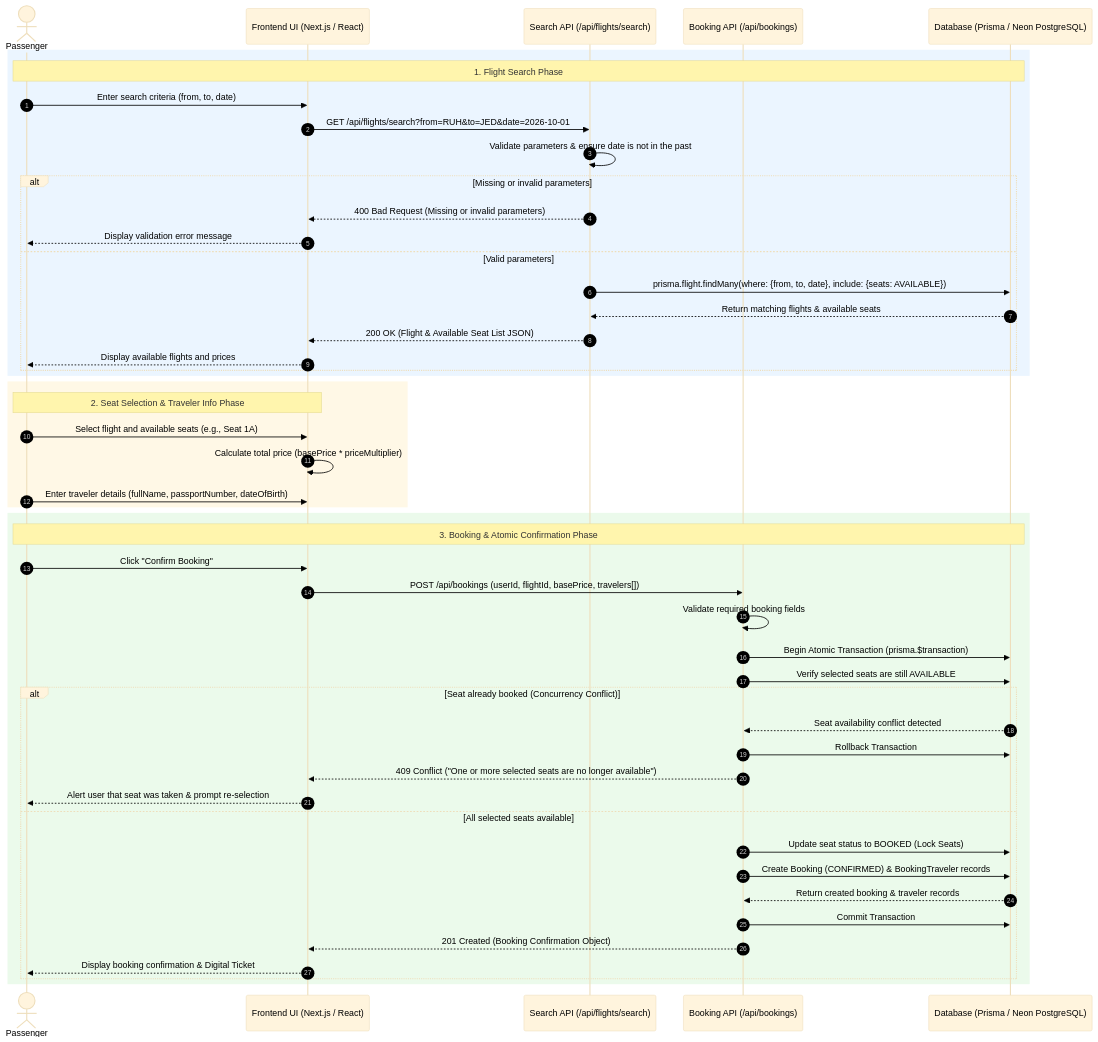
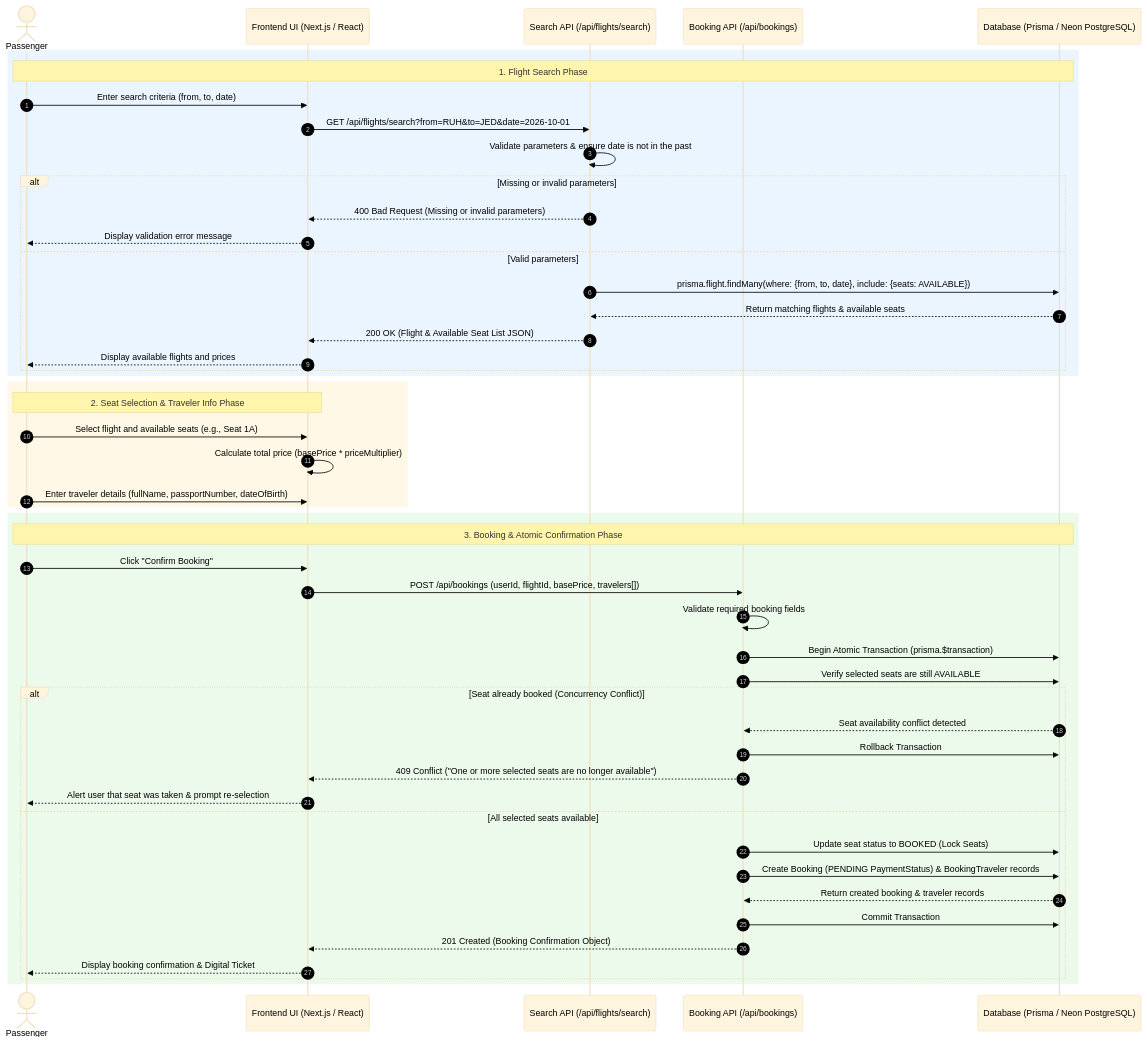
One commit to Alwaleed-Tair/Tarhal changed the diagram in docs/booking-sequence-diagram.md. Above: the diagram before and after it, drawn with Mermaid. The commit also changed 2 other files, not shown here.

Commit message:
docs: align class diagram with Saud's updated prisma schema

````diff
--- a/docs/booking-sequence-diagram.md
+++ b/docs/booking-sequence-diagram.md
@@ -1,60 +1,60 @@
 ```mermaid
 %%{init: {'theme': 'base', 'themeVariables': { 'primaryTextColor': '#000000', 'lineColor': '#333333'}}}%%
 sequenceDiagram
     autonumber
     actor Passenger as Passenger
     participant UI as Frontend UI (Next.js / React)
     participant SearchAPI as Search API (/api/flights/search)
     participant BookingAPI as Booking API (/api/bookings)
     participant DB as Database (Prisma / Neon PostgreSQL)
 
     %% 1. Flight Search Phase
     rect rgb(235, 245, 255)
     Note over Passenger, DB: 1. Flight Search Phase
     Passenger->>UI: Enter search criteria (from, to, date)
     UI->>SearchAPI: GET /api/flights/search?from=RUH&to=JED&date=2026-10-01
     SearchAPI->>SearchAPI: Validate parameters & ensure date is not in the past
     alt Missing or invalid parameters
         SearchAPI-->>UI: 400 Bad Request (Missing or invalid parameters)
         UI-->>Passenger: Display validation error message
     else Valid parameters
         SearchAPI->>DB: prisma.flight.findMany(where: {from, to, date}, include: {seats: AVAILABLE})
         DB-->>SearchAPI: Return matching flights & available seats
         SearchAPI-->>UI: 200 OK (Flight & Available Seat List JSON)
         UI-->>Passenger: Display available flights and prices
     end
     end
 
     %% 2. Seat Selection Phase
     rect rgb(255, 248, 230)
     Note over Passenger, UI: 2. Seat Selection & Traveler Info Phase
     Passenger->>UI: Select flight and available seats (e.g., Seat 1A)
     UI->>UI: Calculate total price (basePrice * priceMultiplier)
     Passenger->>UI: Enter traveler details (fullName, passportNumber, dateOfBirth)
     end
 
     %% 3. Booking & Atomic Transaction Phase
     rect rgb(235, 250, 235)
     Note over Passenger, DB: 3. Booking & Atomic Confirmation Phase
     Passenger->>UI: Click "Confirm Booking"
     UI->>BookingAPI: POST /api/bookings (userId, flightId, basePrice, travelers[])
     BookingAPI->>BookingAPI: Validate required booking fields
     
     BookingAPI->>DB: Begin Atomic Transaction (prisma.$transaction)
     BookingAPI->>DB: Verify selected seats are still AVAILABLE
     
     alt Seat already booked (Concurrency Conflict)
         DB-->>BookingAPI: Seat availability conflict detected
         BookingAPI->>DB: Rollback Transaction
         BookingAPI-->>UI: 409 Conflict ("One or more selected seats are no longer available")
         UI-->>Passenger: Alert user that seat was taken & prompt re-selection
     else All selected seats available
         BookingAPI->>DB: Update seat status to BOOKED (Lock Seats)
-        BookingAPI->>DB: Create Booking (CONFIRMED) & BookingTraveler records
+        BookingAPI->>DB: Create Booking (PENDING PaymentStatus) & BookingTraveler records
         DB-->>BookingAPI: Return created booking & traveler records
         BookingAPI->>DB: Commit Transaction
         BookingAPI-->>UI: 201 Created (Booking Confirmation Object)
         UI-->>Passenger: Display booking confirmation & Digital Ticket
     end
     end
 ```
````
